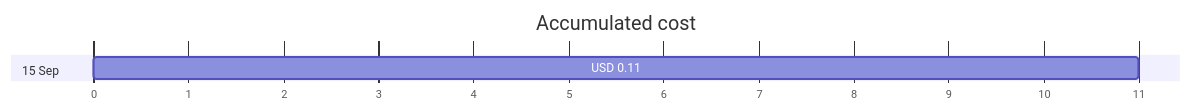
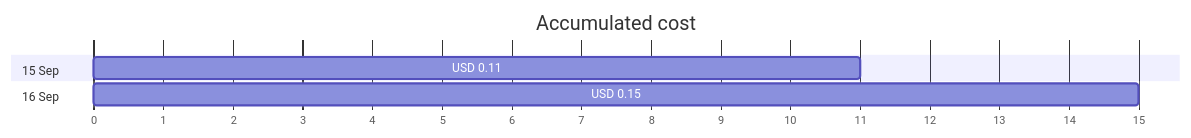
One commit to jpfulton/azure-personal-reports changed the first of 4 diagrams in cost-reports/personal-network/vpn-server-public-ip.md. Above: the diagram before and after it, drawn with Mermaid. The commit also changed other lines of this file and 16 other files, not shown here.

````diff
--- a/cost-reports/personal-network/vpn-server-public-ip.md
+++ b/cost-reports/personal-network/vpn-server-public-ip.md
@@ -20,8 +20,10 @@
 ```mermaid
 gantt
    title Accumulated cost
    dateFormat  X
    axisFormat %s
    section 15 Sep
    USD 0.11 :0, 11
+   section 16 Sep
+   USD 0.15 :0, 15
 ```
````
